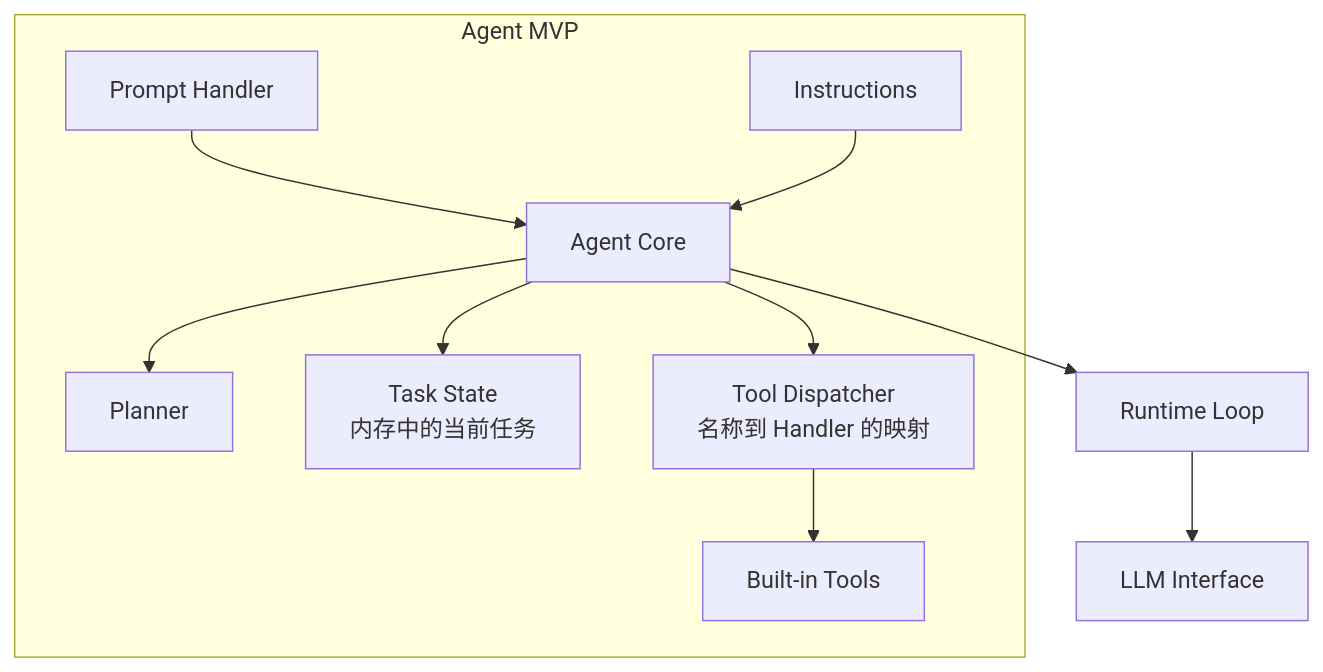
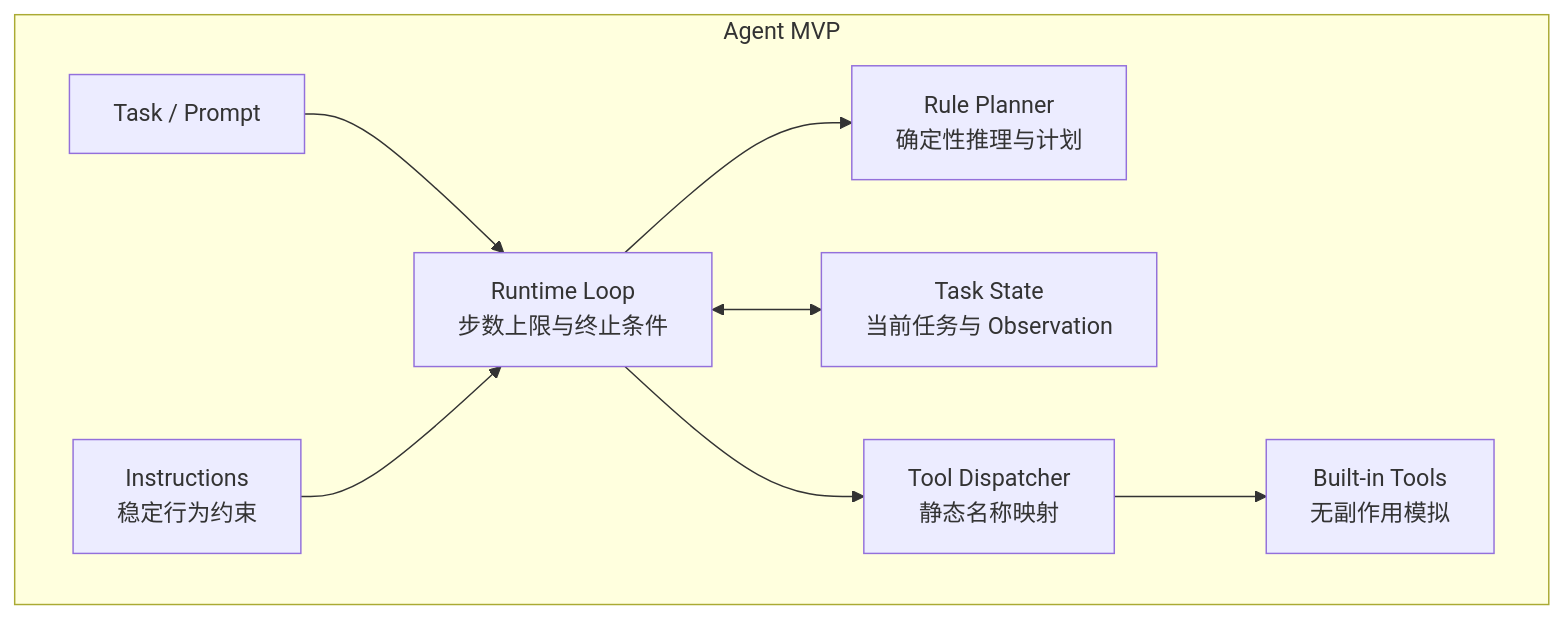
The first of 2 diagrams in docs/chapters/07-agent-mvp/README.md (dollarser/modern-ai-agent-architecture), drawn with Mermaid before and after one commit. The commit also changed other lines of this file and 14 other files, not shown here.

Commit message:
Align MVP chapter with progressive architecture

````diff
--- a/docs/chapters/07-agent-mvp/README.md
+++ b/docs/chapters/07-agent-mvp/README.md
@@ -54,14 +55,11 @@
 ```mermaid
-graph TD
-    subgraph "Agent MVP"
-        Prompt[Prompt Handler] --> Core[Agent Core]
-        Instructions[Instructions] --> Core
-        Core --> Planner[Planner]
-        Core --> State[Task State<br/>内存中的当前任务]
-        Core --> Tools[Tool Dispatcher<br/>名称到 Handler 的映射]
-        Tools --> BuiltinTB[Built-in Tools]
+flowchart TD
+    subgraph MVP["Agent MVP"]
+        Input["Task / Prompt"] --> Runtime["Runtime Loop<br/>步数上限与终止条件"]
+        Instructions["Instructions<br/>稳定行为约束"] --> Runtime
+        Runtime --> Planner["Rule Planner<br/>确定性推理与计划"]
+        Runtime <--> State["Task State<br/>当前任务与 Observation"]
+        Runtime --> Dispatcher["Tool Dispatcher<br/>静态名称映射"]
+        Dispatcher --> Builtins["Built-in Tools<br/>无副作用模拟"]
     end
-
-    Core --> Runtime[Runtime Loop]
-    Runtime --> LLM[LLM Interface]
 ```
````
